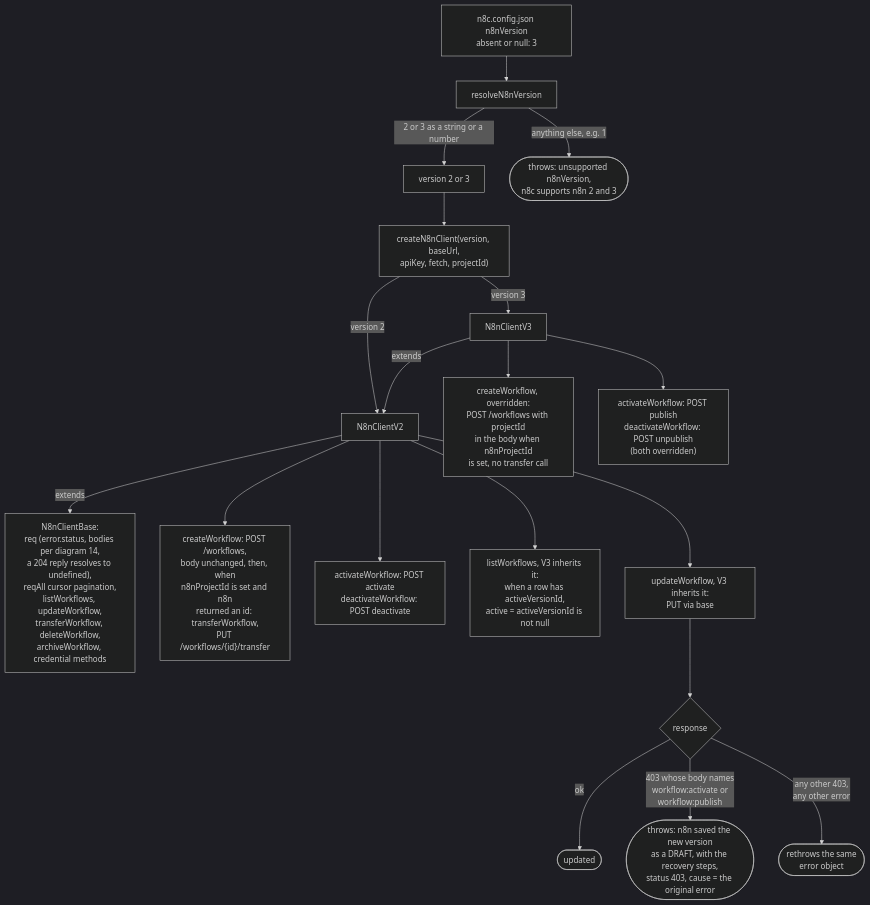
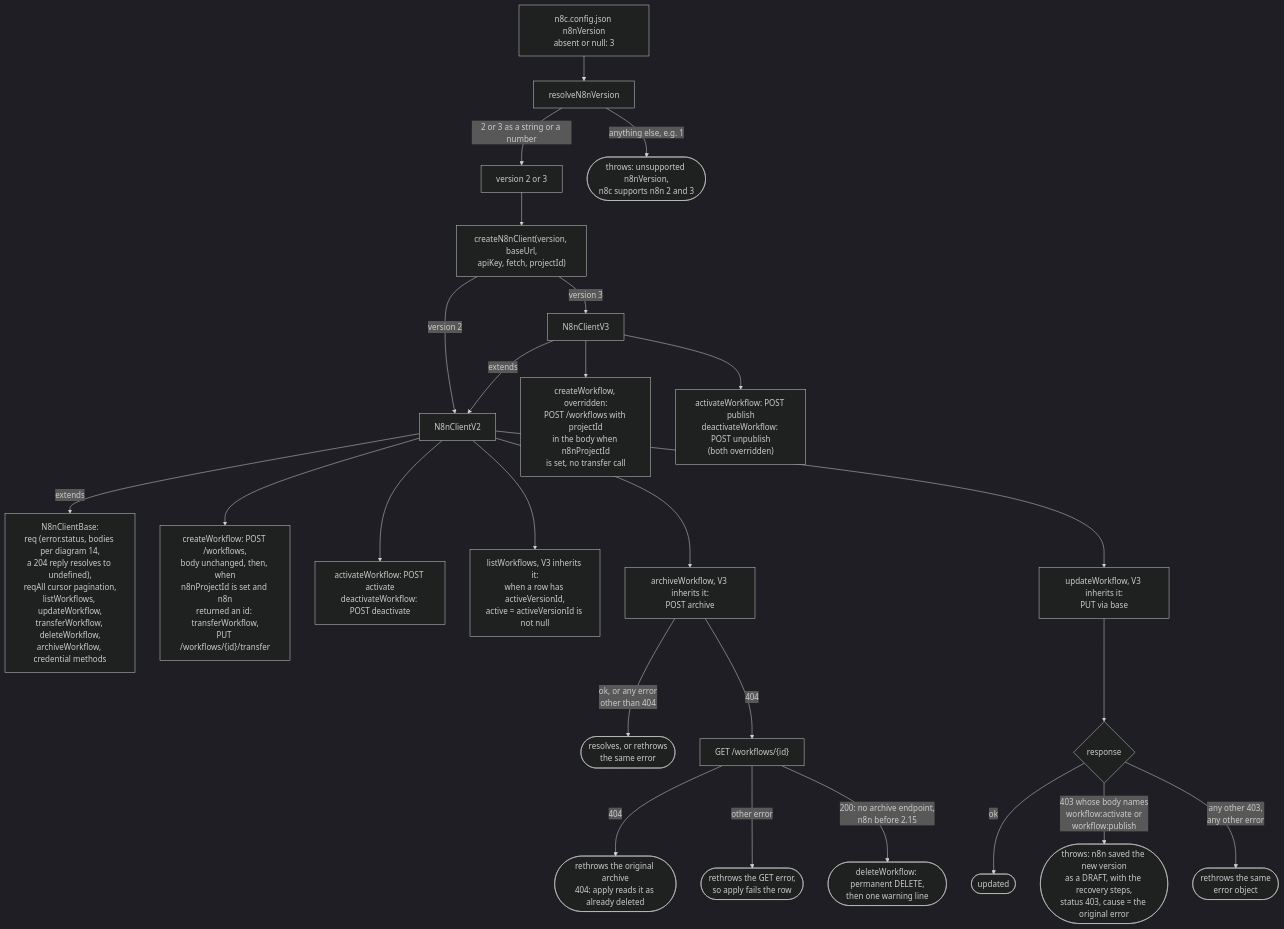
Before and after one commit to nullseal/n8c: diagram 15 of 15 in docs/ARCHITECTURE.md, drawn with Mermaid (dark theme). The commit also changed other lines of this file and 3 other files, not shown here.

Commit message:
fix: --destroy deletes workflows on n8n 2.0-2.14, which have no archive endpoint

````diff
--- a/docs/ARCHITECTURE.md
+++ b/docs/ARCHITECTURE.md
@@ -814,21 +817,27 @@
 ```mermaid
 flowchart TD
     CFGV["n8c.config.json n8nVersion<br/>absent or null: 3"] --> RES["resolveN8nVersion"]
     RES -->|"2 or 3 as a string or a number"| OKV["version 2 or 3"]
     RES -->|"anything else, e.g. 1"| ERR(["throws: unsupported n8nVersion,<br/>n8c supports n8n 2 and 3"])
     OKV --> CRE["createN8nClient(version, baseUrl,<br/>apiKey, fetch, projectId)"]
     CRE -->|"version 2"| V2["N8nClientV2"]
     CRE -->|"version 3"| V3["N8nClientV3"]
     V3 -->|"extends"| V2
     V2 -->|"extends"| BASE["N8nClientBase:<br/>req (error.status, bodies per diagram 14,<br/>a 204 reply resolves to undefined),<br/>reqAll cursor pagination,<br/>listWorkflows, updateWorkflow,<br/>transferWorkflow, deleteWorkflow,<br/>archiveWorkflow, credential methods"]
     V2 --> CW2["createWorkflow: POST /workflows,<br/>body unchanged, then, when<br/>n8nProjectId is set and n8n<br/>returned an id: transferWorkflow,<br/>PUT /workflows/{id}/transfer"]
     V2 --> AW2["activateWorkflow: POST activate<br/>deactivateWorkflow: POST deactivate"]
     V3 --> CW3["createWorkflow, overridden:<br/>POST /workflows with projectId<br/>in the body when n8nProjectId<br/>is set, no transfer call"]
     V3 --> AW3["activateWorkflow: POST publish<br/>deactivateWorkflow: POST unpublish<br/>(both overridden)"]
     V2 --> LW["listWorkflows, V3 inherits it:<br/>when a row has activeVersionId,<br/>active = activeVersionId is not null"]
+    V2 --> ARC["archiveWorkflow, V3 inherits it:<br/>POST archive"]
+    ARC -->|"ok, or any error<br/>other than 404"| ARCR(["resolves, or rethrows<br/>the same error"])
+    ARC -->|"404"| ARCG["GET /workflows/{id}"]
+    ARCG -->|"404"| ARCO(["rethrows the original archive<br/>404: apply reads it as already deleted"])
+    ARCG -->|"other error"| ARCE(["rethrows the GET error,<br/>so apply fails the row"])
+    ARCG -->|"200: no archive endpoint,<br/>n8n before 2.15"| ARCD(["deleteWorkflow: permanent DELETE,<br/>then one warning line"])
     V2 --> UW["updateWorkflow, V3 inherits it:<br/>PUT via base"]
     UW --> R{"response"}
     R -->|"ok"| DONE(["updated"])
     R -->|"403 whose body names<br/>workflow:activate or<br/>workflow:publish"| DRAFT(["throws: n8n saved the new version<br/>as a DRAFT, with the recovery steps,<br/>status 403, cause = the original error"])
     R -->|"any other 403,<br/>any other error"| RETH(["rethrows the same<br/>error object"])
 ```
````
